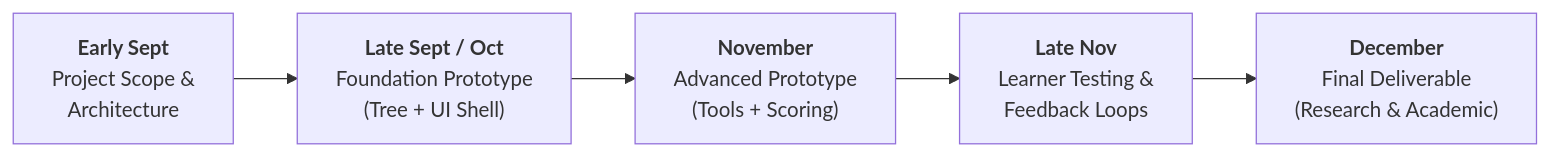
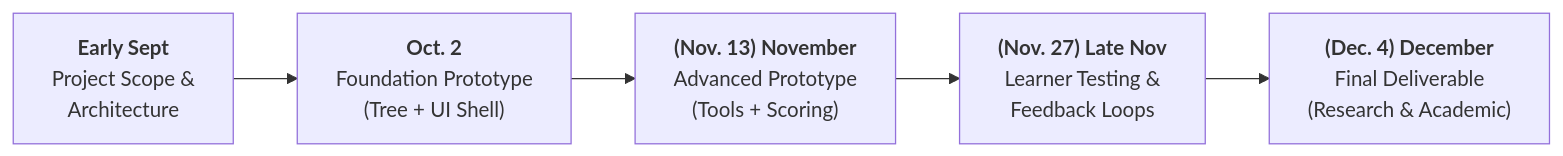
Before and after one commit to brodyboswell/cs-4273-group-l-telehealth-platform: the diagram in README.md, drawn with Mermaid. The commit also changed other lines of this file and 4 other files, not shown here.

````diff
--- a/README.md
+++ b/README.md
@@ -88,7 +76,7 @@
 ```mermaid
 flowchart LR
-    A["<b>Early Sept</b><br>Project Scope &<br>Architecture"] --> B["<b>Late Sept / Oct</b><br>Foundation Prototype<br>(Tree + UI Shell)"]
-    B --> C["<b>November</b><br>Advanced Prototype<br>(Tools + Scoring)"]
-    C --> D["<b>Late Nov</b><br>Learner Testing &<br>Feedback Loops"]
-    D --> E["<b>December</b><br>Final Deliverable<br>(Research & Academic)"]
+    A["<b>Early Sept</b><br>Project Scope &<br>Architecture"] --> B["<b>Oct. 2</b><br>Foundation Prototype<br>(Tree + UI Shell)"]
+    B --> C["<b>(Nov. 13) November</b><br>Advanced Prototype<br>(Tools + Scoring)"]
+    C --> D["<b>(Nov. 27) Late Nov</b><br>Learner Testing &<br>Feedback Loops"]
+    D --> E["<b>(Dec. 4) December</b><br>Final Deliverable<br>(Research & Academic)"]
 ```
````
